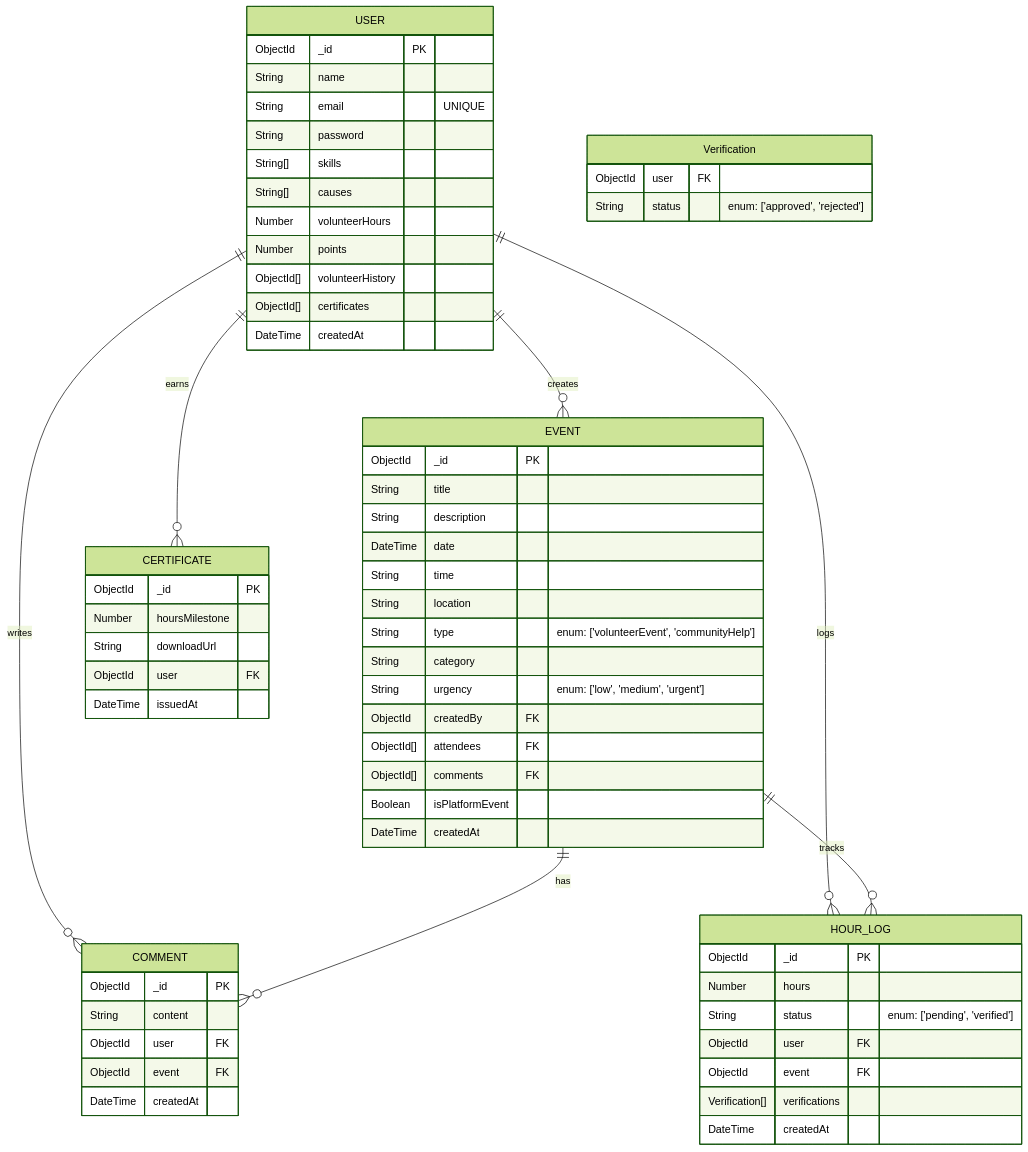
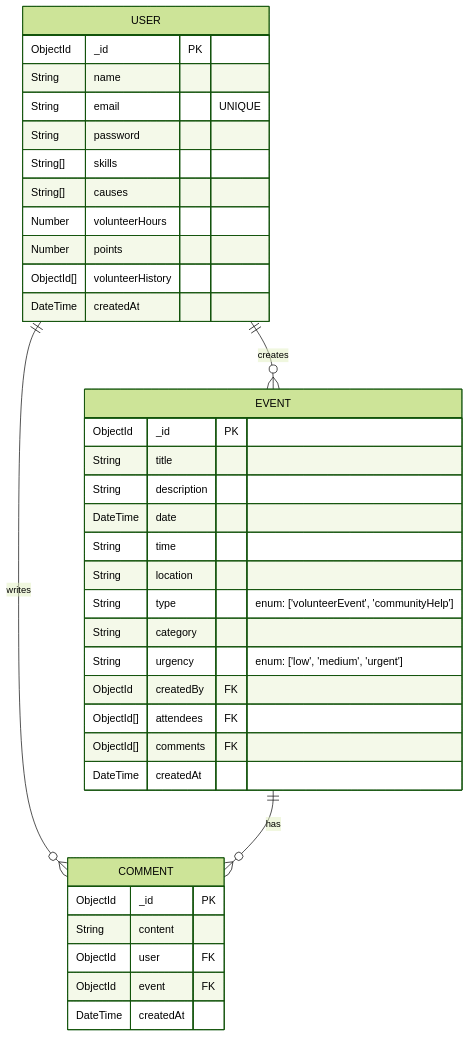
The diagram in README.md (mji-jamil/hands-on-volunteering-platform), drawn with Mermaid (forest theme) before and after one commit. The commit also changed other lines of this file, not shown here.

````diff
--- a/README.md
+++ b/README.md
@@ -28,71 +27,44 @@
 ```mermaid
 erDiagram
     USER ||--o{ EVENT : creates
     USER ||--o{ COMMENT : writes
-    USER ||--o{ HOUR_LOG : logs
-    USER ||--o{ CERTIFICATE : earns
     EVENT ||--o{ COMMENT : has
-    EVENT ||--o{ HOUR_LOG : tracks
 
     USER {
         ObjectId _id PK
         String name
         String email "UNIQUE"
         String password
         String[] skills
         String[] causes
         Number volunteerHours
         Number points
         ObjectId[] volunteerHistory
-        ObjectId[] certificates
         DateTime createdAt
     }
     
     EVENT {
         ObjectId _id PK
         String title
         String description
         DateTime date
         String time
         String location
         String type "enum: ['volunteerEvent', 'communityHelp']"
         String category
         String urgency "enum: ['low', 'medium', 'urgent']"
         ObjectId createdBy FK
         ObjectId[] attendees FK
         ObjectId[] comments FK
-        Boolean isPlatformEvent
         DateTime createdAt
     }
 
     COMMENT {
         ObjectId _id PK
         String content
         ObjectId user FK
         ObjectId event FK
         DateTime createdAt
     }
 
-    HOUR_LOG {
-        ObjectId _id PK
-        Number hours
-        String status "enum: ['pending', 'verified']"
-        ObjectId user FK
-        ObjectId event FK
-        Verification[] verifications
-        DateTime createdAt
-    }
-
-    CERTIFICATE {
-        ObjectId _id PK
-        Number hoursMilestone
-        String downloadUrl
-        ObjectId user FK
-        DateTime issuedAt
-    }
-
-    Verification {
-        ObjectId user FK
-        String status "enum: ['approved', 'rejected']"
-    } 
 ```
````
